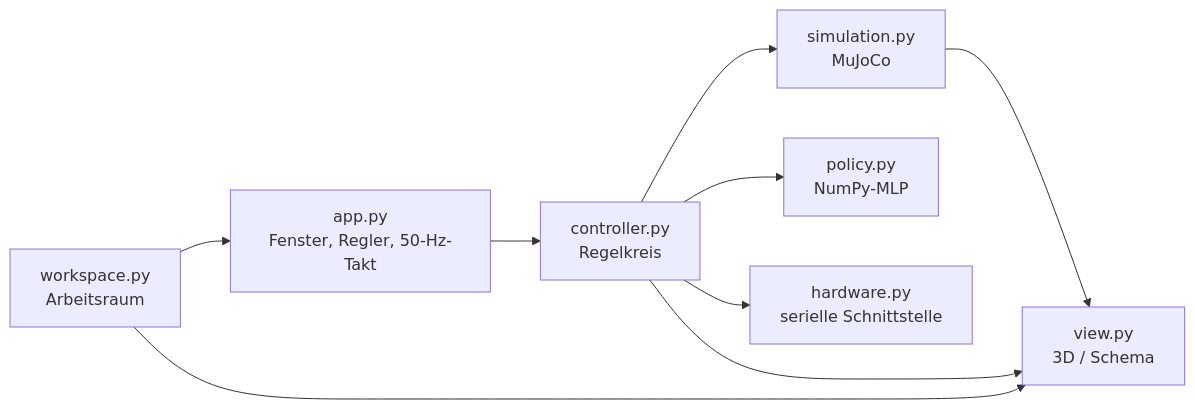
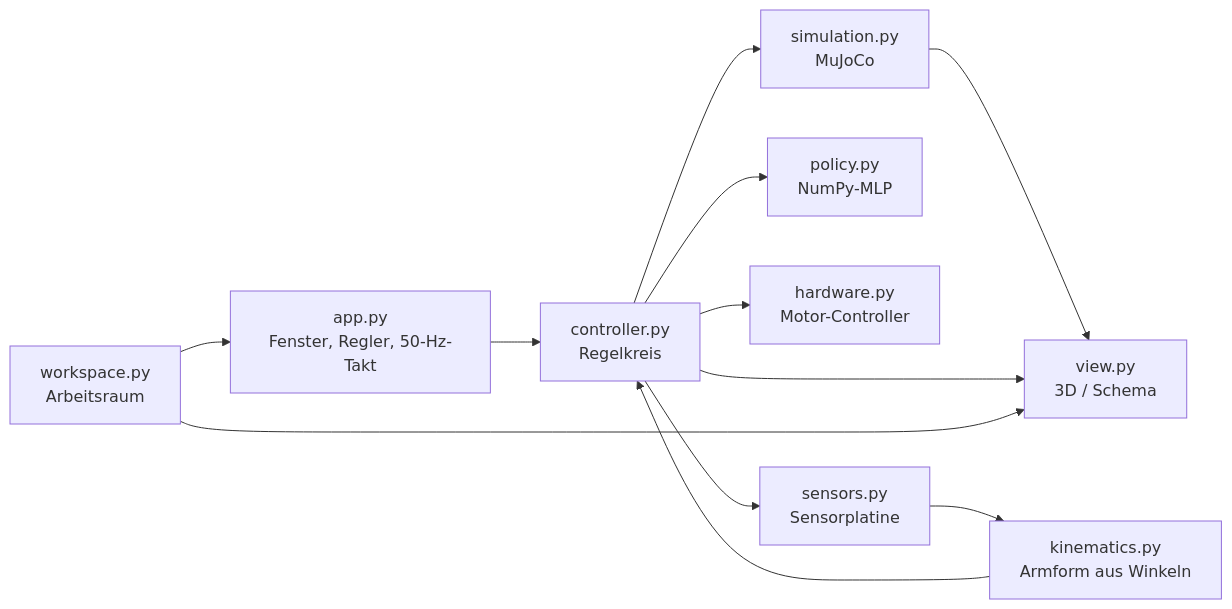
Before and after one commit to arben24/spirob_control: the diagram in docs/architektur.md, drawn with Mermaid. The commit also changed other lines of this file and 33 other files, not shown here.

````diff
--- a/docs/architektur.md
+++ b/docs/architektur.md
@@ -19,11 +19,14 @@
 ```mermaid
 flowchart LR
     A["app.py<br/>Fenster, Regler, 50-Hz-Takt"] --> C["controller.py<br/>Regelkreis"]
     C --> S["simulation.py<br/>MuJoCo"]
     C --> P["policy.py<br/>NumPy-MLP"]
-    C --> H["hardware.py<br/>serielle Schnittstelle"]
+    C --> H["hardware.py<br/>Motor-Controller"]
+    C --> N["sensors.py<br/>Sensorplatine"]
+    N --> K["kinematics.py<br/>Armform aus Winkeln"]
+    K --> C
     S --> V["view.py<br/>3D / Schema"]
     C --> V
     W["workspace.py<br/>Arbeitsraum"] --> A
     W --> V
 ```
````
